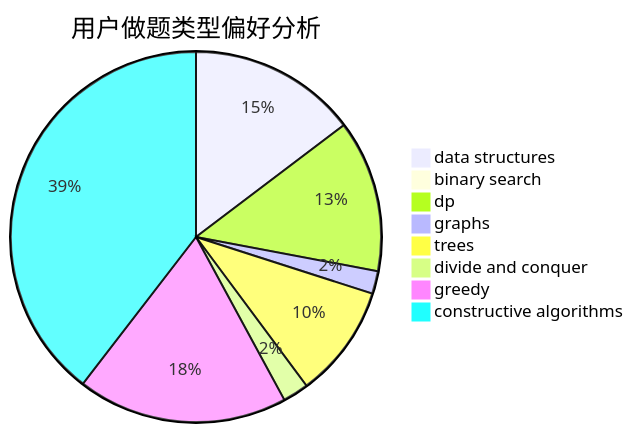
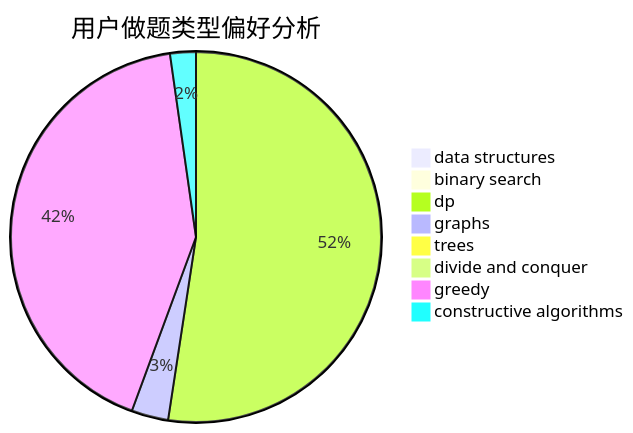
The second of 3 diagrams in docs/user/u2208.md (sherpahu/cfrs.github.io), drawn with Mermaid before and after one commit. The commit also changed other lines of this file and 2770 other files, not shown here.

````diff
--- a/docs/user/u2208.md
+++ b/docs/user/u2208.md
@@ -23,11 +23,11 @@
 ```mermaid
 pie title 用户做题类型偏好分析
-    "data structures" :  52
+    "data structures" :  0
     "binary search" :  1
-    "dp" :  47
-    "graphs" :  7
-    "trees" :  35
-    "divide and conquer" :  8
-    "greedy" :  65
-    "constructive algorithms" :  140
+    "dp" :  163
+    "graphs" :  10
+    "trees" :  1
+    "divide and conquer" :  0
+    "greedy" :  131
+    "constructive algorithms" :  7
 ```
````
